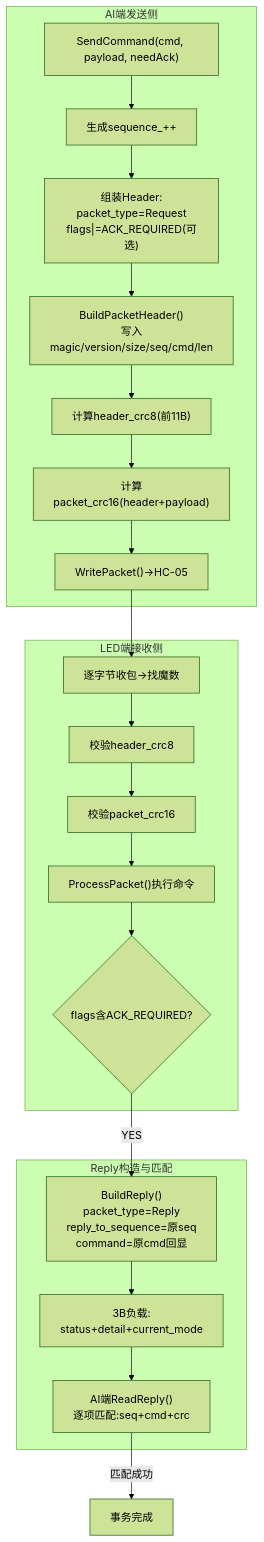
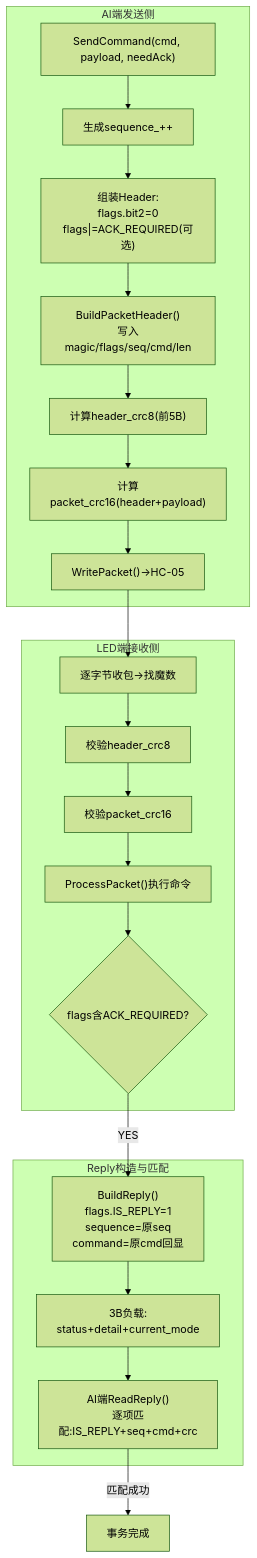
The second of 6 diagrams in Doc/毕业论文/bluetooth_communication_protocol_architecture.md (N3SSS13D/GraduationProject), drawn with Mermaid (forest theme) before and after one commit. The commit also changed other lines of this file and 118 other files, not shown here.

````diff
--- a/Doc/毕业论文/bluetooth_communication_protocol_architecture.md
+++ b/Doc/毕业论文/bluetooth_communication_protocol_architecture.md
@@ -343,29 +339,29 @@
 ```mermaid
 flowchart TD
     subgraph SendSide["AI端发送侧"]
         S1["SendCommand(cmd, payload, needAck)"] --> S2["生成sequence_++"]
-        S2 --> S3["组装Header:<br/>packet_type=Request<br/>flags|=ACK_REQUIRED(可选)"]
-        S3 --> S4["BuildPacketHeader()<br/>写入magic/version/size/seq/cmd/len"]
-        S4 --> S5["计算header_crc8(前11B)"]
+        S2 --> S3["组装Header:<br/>flags.bit2=0<br/>flags|=ACK_REQUIRED(可选)"]
+        S3 --> S4["BuildPacketHeader()<br/>写入magic/flags/seq/cmd/len"]
+        S4 --> S5["计算header_crc8(前5B)"]
         S5 --> S6["计算packet_crc16(header+payload)"]
         S6 --> S7["WritePacket()→HC-05"]
     end
 
     subgraph RecvSide["LED端接收侧"]
         R1["逐字节收包→找魔数"] --> R2["校验header_crc8"]
         R2 --> R3["校验packet_crc16"]
         R3 --> R4["ProcessPacket()执行命令"]
         R4 --> R5{"flags含ACK_REQUIRED?"}
     end
 
     subgraph ReplyFlow["Reply构造与匹配"]
-        RP1["BuildReply()<br/>packet_type=Reply<br/>reply_to_sequence=原seq<br/>command=原cmd回显"]
+        RP1["BuildReply()<br/>flags.IS_REPLY=1<br/>sequence=原seq<br/>command=原cmd回显"]
         RP2["3B负载:<br/>status+detail+current_mode"]
-        RP3["AI端ReadReply()<br/>逐项匹配:seq+cmd+crc"]
+        RP3["AI端ReadReply()<br/>逐项匹配:IS_REPLY+seq+cmd+crc"]
     end
 
     S7 --> R1
     R5 -->|"YES"| RP1
     RP1 --> RP2 --> RP3
     RP3 -->|"匹配成功"| S8["事务完成"]
 ```
````
